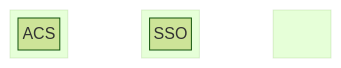
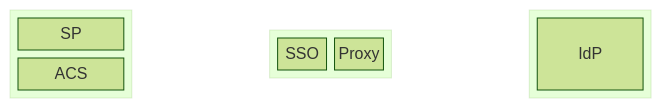
Before and after one commit to mikehadlow/samlproxy: the second of 3 diagrams in README.md, drawn with Mermaid (forest theme).

Commit message:
block spacing

````diff
--- a/README.md
+++ b/README.md
@@ -26,22 +26,22 @@
 ```mermaid
 block-beta
-columns 6
-    block:SP
+columns 5
+    block
     columns 1
       SP
       ACS
     end
     space:1
-    block:Proxy
+    block
     columns 2
       SSO
       Proxy
       ACS
     end
     space:1
-    block:IdP
+    block
     columns 1
       SSO
       IdP
     end
 ```
````
